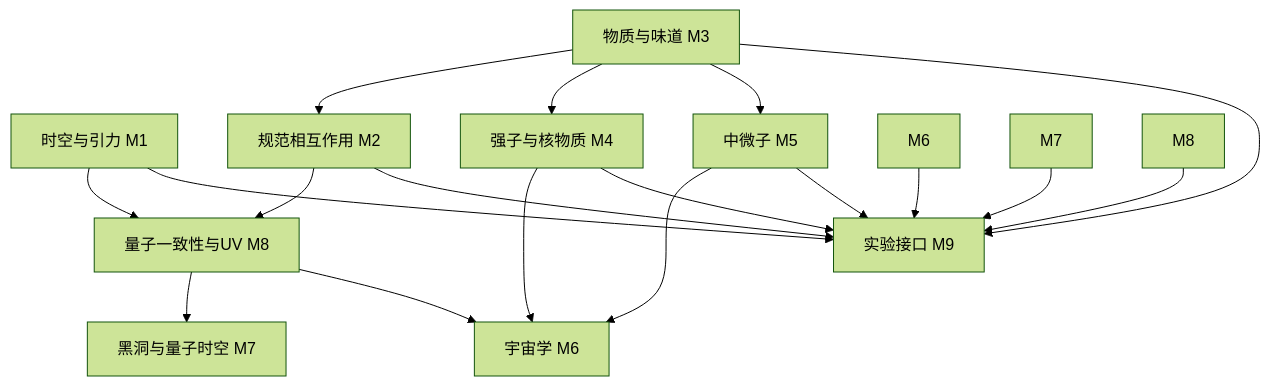
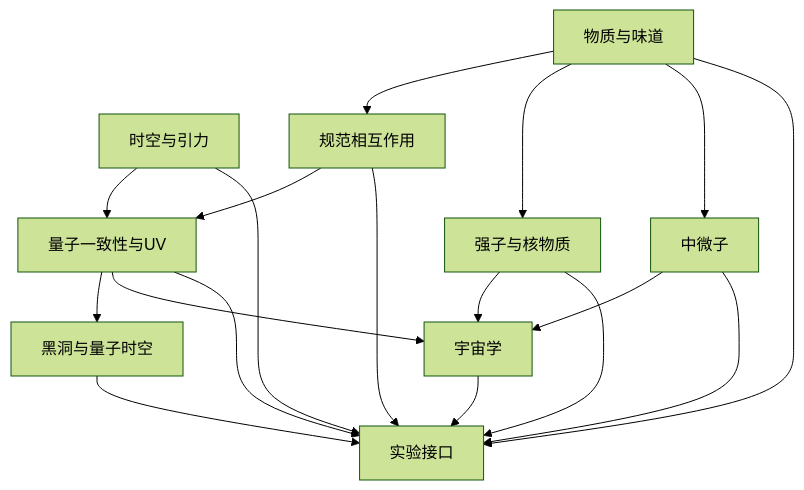
The diagram in 07_统一场方程/14_全物理依赖图与量子挠率首个可复算切片_2026-10-09.md (aikjx/openuft), drawn with Mermaid (forest theme) before and after one commit. The commit also changed other lines of this file and 3349 other files, not shown here.

````diff
--- a/07_统一场方程/14_全物理依赖图与量子挠率首个可复算切片_2026-10-09.md
+++ b/07_统一场方程/14_全物理依赖图与量子挠率首个可复算切片_2026-10-09.md
@@ -24,20 +26,20 @@
 ```mermaid
 flowchart TD
-  M1[时空与引力 M1] --> Q[量子一致性与UV M8]
-  M2[规范相互作用 M2] --> Q
-  M3[物质与味道 M3] --> M2
-  M3 --> M4[强子与核物质 M4]
-  M3 --> M5[中微子 M5]
-  Q --> BH[黑洞与量子时空 M7]
-  Q --> COS[宇宙学 M6]
-  M4 --> COS
-  M5 --> COS
-  M1 --> EXP[实验接口 M9]
-  M2 --> EXP
-  M3 --> EXP
-  M4 --> EXP
-  M5 --> EXP
-  M6 --> EXP
-  M7 --> EXP
-  M8 --> EXP
+  M1[时空与引力] --> M8[量子一致性与UV]
+  M2[规范相互作用] --> M8
+  M3[物质与味道] --> M2
+  M3 --> M4[强子与核物质]
+  M3 --> M5[中微子]
+  M8 --> M7[黑洞与量子时空]
+  M8 --> M6[宇宙学]
+  M4 --> M6
+  M5 --> M6
+  M1 --> M9[实验接口]
+  M2 --> M9
+  M3 --> M9
+  M4 --> M9
+  M5 --> M9
+  M6 --> M9
+  M7 --> M9
+  M8 --> M9
 ```
````
